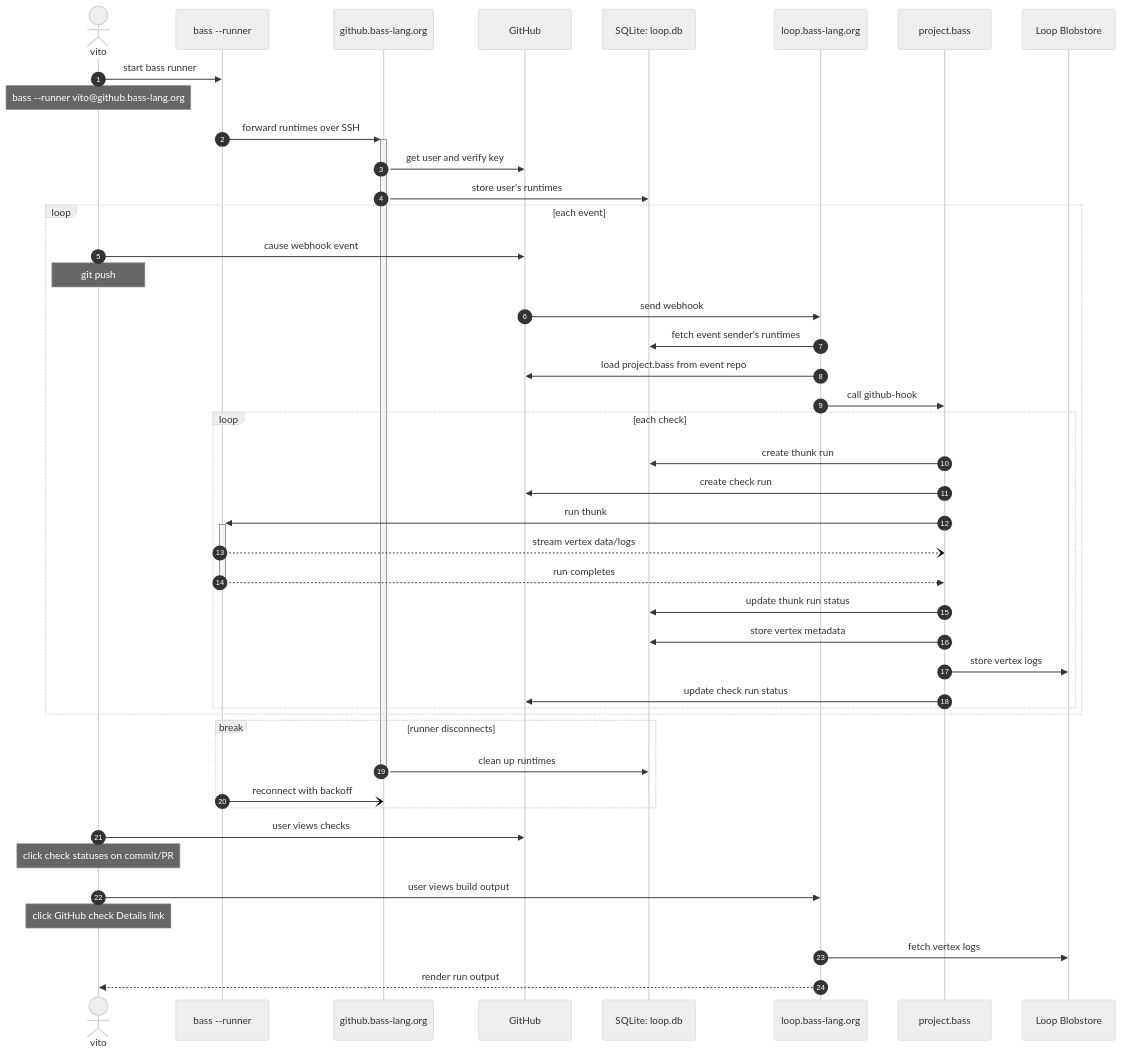
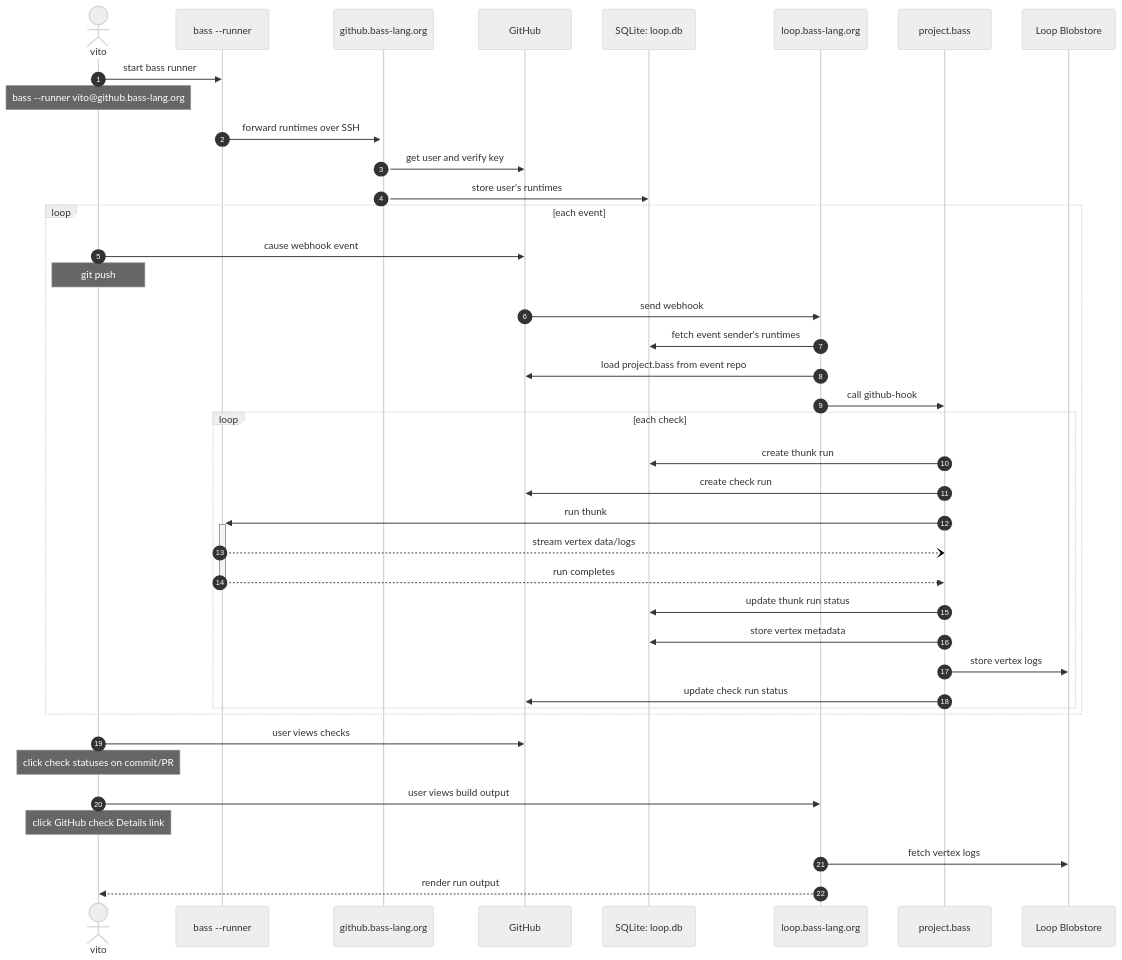
The diagram in docs/diagram.md (vito/bass-loop), drawn with Mermaid (neutral theme) before and after one commit.

Commit message:
remove break from diagram, github doesnt support it

````diff
--- a/docs/diagram.md
+++ b/docs/diagram.md
@@ -13,64 +13,59 @@
 ```mermaid
 sequenceDiagram
     autonumber
     actor Developer as vito
     participant Runner as bass --runner
     participant SSH as github.bass-lang.org
     participant GitHub
     participant DB as SQLite: loop.db
     participant HTTP as loop.bass-lang.org
     participant Project as project.bass
     participant Blobs as Loop Blobstore
     Developer->>Runner: start bass runner
     note over Developer: bass --runner vito@github.bass-lang.org
     Runner->>+SSH: forward runtimes over SSH
     SSH->>GitHub: get user and verify key
     %% Note over GitHub: GET /users/vito
     %% Note over GitHub: GET /users/vito/keys
     SSH->>DB: store user's runtimes
     %% Note over DB: INSERT INTO runtimes SET user_id = github_user_id, name = session_id
     %% loop every minute
     %%     Runner-->>SSH: keepalive
     %% end
     loop each event
     Developer->>GitHub: cause webhook event
     Note over Developer: git push
     GitHub->>HTTP: send webhook
     %% Note over HTTP: POST /integrations/github/events
     HTTP->>DB: fetch event sender's runtimes
     %% Note over DB: SELECT * FROM runtimes WHERE user = event_sender
     HTTP->>GitHub: load project.bass from event repo
     %% Note over GitHub: GET /repos/vito/bass/contents/project.bass
     HTTP->>Project: call github-hook
     loop each check
         Project->>DB: create thunk run
         %% Note over DB: INSERT INTO runs SET thunk_id = thunk
         Project->>GitHub: create check run
         %% GitHub-->>Developer: github status checks show up
         %% Note over GitHub: POST /repos/vito/bass/check-runs
         Project->>+Runner: run thunk
         %% Note over Runner: gRPC Run(Thunk)
         Runner--)Project: stream vertex data/logs
         %% Note over Runner: returns (stream RunResponse)
         Runner-->>-Project: run completes
         Project->>DB: update thunk run status
         %% GitHub-->>Developer: github status checks update
         Project->>DB: store vertex metadata
         %% Note over DB: INSERT INTO vertexes SET name = "git clone ...
         Project->>Blobs: store vertex logs
         %% Note over Blobs: pre-rendered HTML
         Project->>GitHub: update check run status
     end
     end
-    break runner disconnects
-        SSH->>-DB: clean up runtimes
-        %% Note over DB: DELETE FROM runtimes WHERE name = session_id
-        Runner-)SSH: reconnect with backoff
-    end
     Developer->>GitHub: user views checks
     Note over Developer: click check statuses on commit/PR
     Developer->>HTTP: user views build output
     Note over Developer: click GitHub check Details link
     HTTP->>Blobs: fetch vertex logs
     HTTP-->>Developer: render run output
 ```
````
